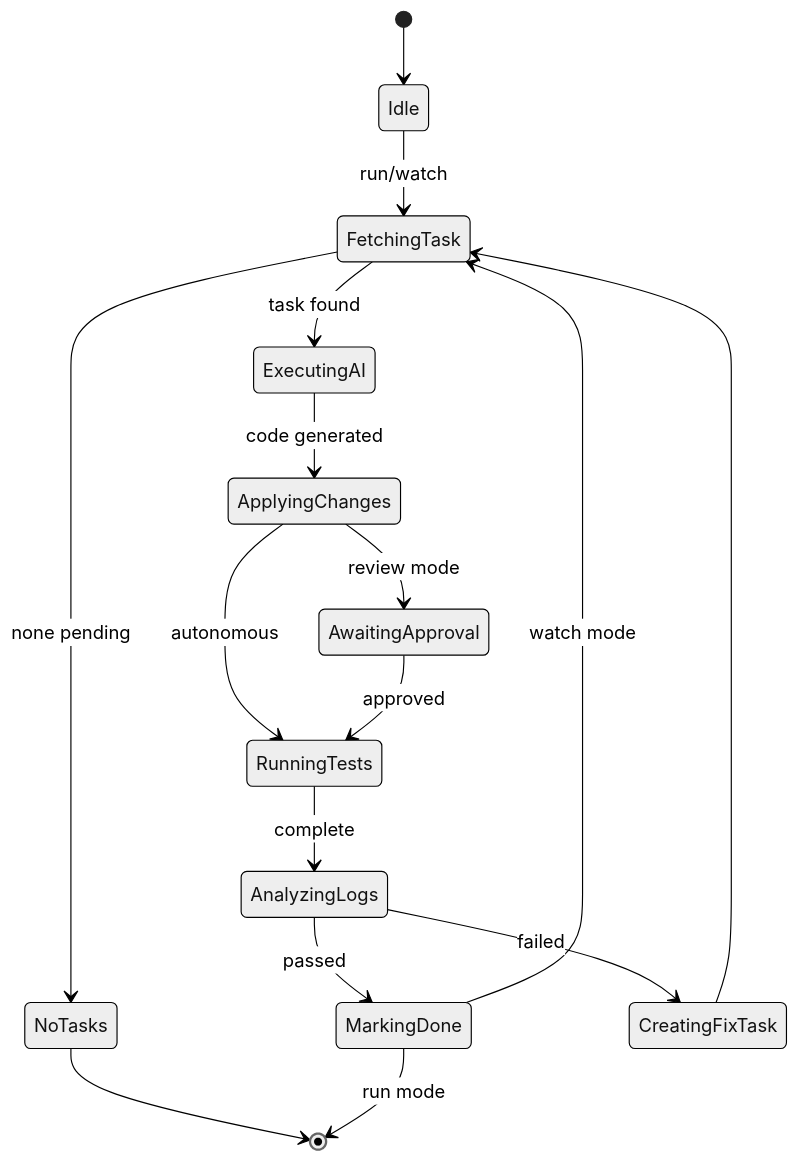
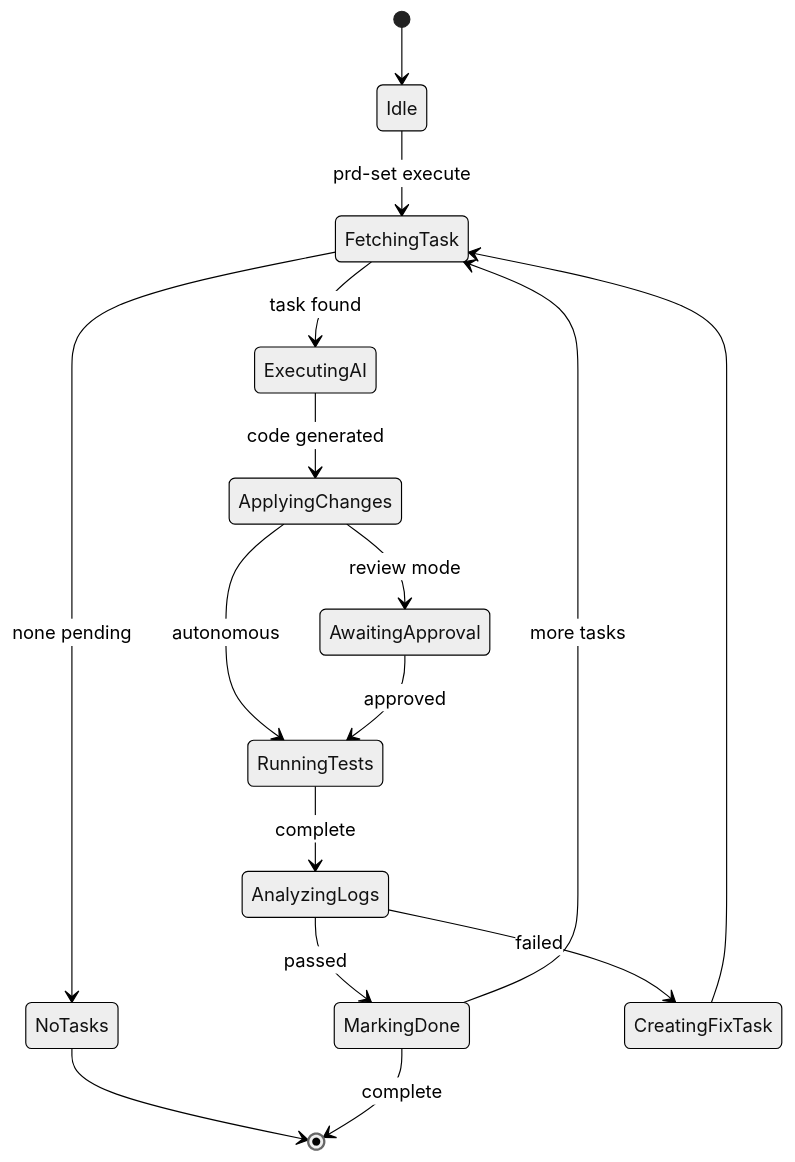
The second of 2 diagrams in docs/users/README.md (jienckebd/dev-loop), drawn with Mermaid (neutral theme) before and after one commit. The commit also changed other lines of this file and 114 other files, not shown here.

````diff
--- a/docs/users/README.md
+++ b/docs/users/README.md
@@ -367,18 +374,18 @@
 ```mermaid
 stateDiagram-v2
     [*] --> Idle
-    Idle --> FetchingTask: run/watch
+    Idle --> FetchingTask: prd-set execute
     FetchingTask --> NoTasks: none pending
     FetchingTask --> ExecutingAI: task found
     NoTasks --> [*]
     ExecutingAI --> ApplyingChanges: code generated
     ApplyingChanges --> RunningTests: autonomous
     ApplyingChanges --> AwaitingApproval: review mode
     AwaitingApproval --> RunningTests: approved
     RunningTests --> AnalyzingLogs: complete
     AnalyzingLogs --> MarkingDone: passed
     AnalyzingLogs --> CreatingFixTask: failed
-    MarkingDone --> FetchingTask: watch mode
-    MarkingDone --> [*]: run mode
+    MarkingDone --> FetchingTask: more tasks
+    MarkingDone --> [*]: complete
     CreatingFixTask --> FetchingTask
 ```
````
